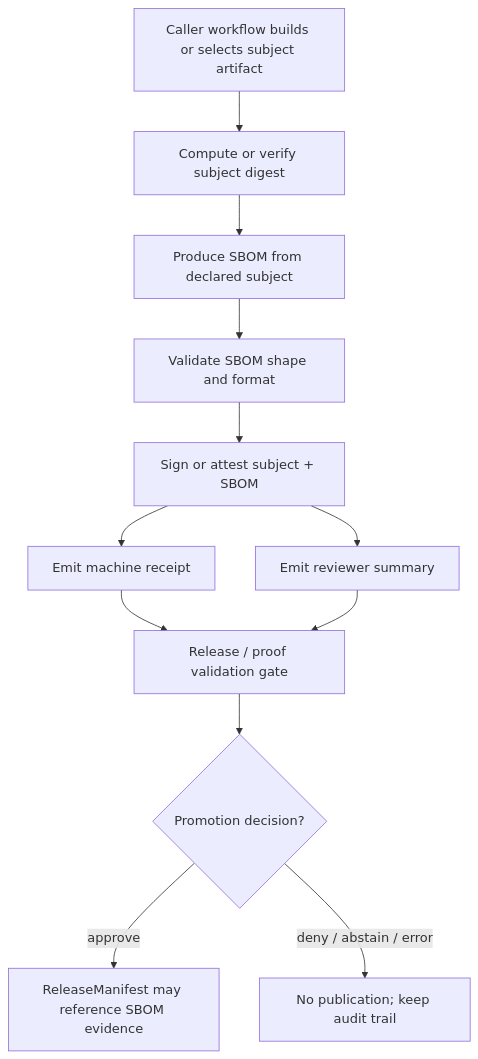
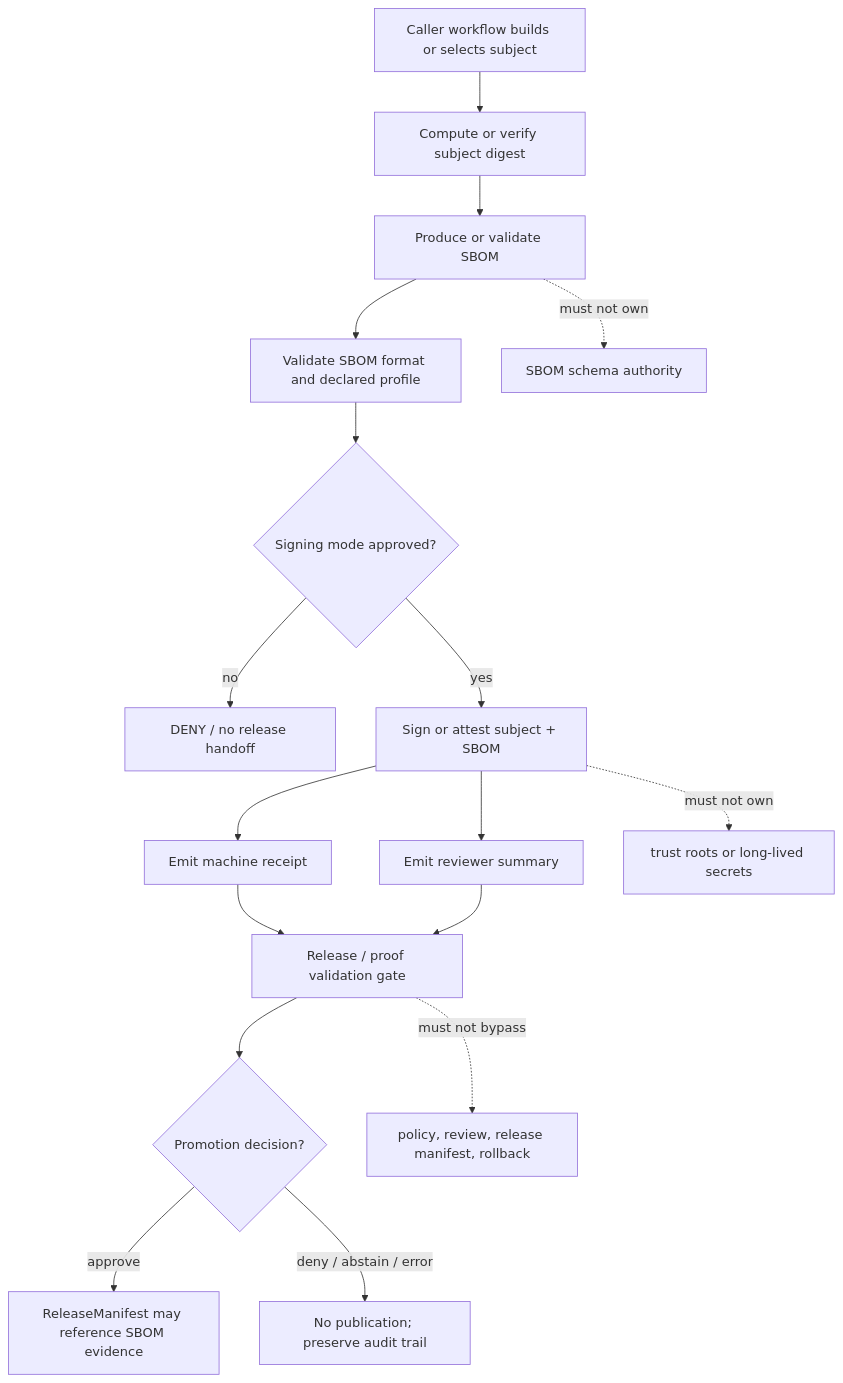
One commit to bartytime4life/Kansas-Frontier-Matrix changed the diagram in .github/actions/sbom-produce-and-sign/README.md. Above: the diagram before and after it, drawn with Mermaid. The commit also changed other lines of this file, not shown here.

````diff
--- a/.github/actions/sbom-produce-and-sign/README.md
+++ b/.github/actions/sbom-produce-and-sign/README.md
@@ -126,14 +308,20 @@
 ```mermaid
 flowchart TD
-  A["Caller workflow builds or selects subject artifact"] --> B["Compute or verify subject digest"]
-  B --> C["Produce SBOM from declared subject"]
-  C --> D["Validate SBOM shape and format"]
-  D --> E["Sign or attest subject + SBOM"]
-  E --> F["Emit machine receipt"]
-  E --> G["Emit reviewer summary"]
-  F --> H["Release / proof validation gate"]
-  G --> H
-  H --> I{"Promotion decision?"}
-  I -->|approve| J["ReleaseManifest may reference SBOM evidence"]
-  I -->|deny / abstain / error| K["No publication; keep audit trail"]
+  A["Caller workflow builds or selects subject"] --> B["Compute or verify subject digest"]
+  B --> C["Produce or validate SBOM"]
+  C --> D["Validate SBOM format and declared profile"]
+  D --> E{"Signing mode approved?"}
+  E -->|no| X["DENY / no release handoff"]
+  E -->|yes| F["Sign or attest subject + SBOM"]
+  F --> G["Emit machine receipt"]
+  F --> H["Emit reviewer summary"]
+  G --> I["Release / proof validation gate"]
+  H --> I
+  I --> J{"Promotion decision?"}
+  J -->|approve| K["ReleaseManifest may reference SBOM evidence"]
+  J -->|deny / abstain / error| L["No publication; preserve audit trail"]
+
+  C -. "must not own" .-> M["SBOM schema authority"]
+  F -. "must not own" .-> N["trust roots or long-lived secrets"]
+  I -. "must not bypass" .-> O["policy, review, release manifest, rollback"]
 ```
````
